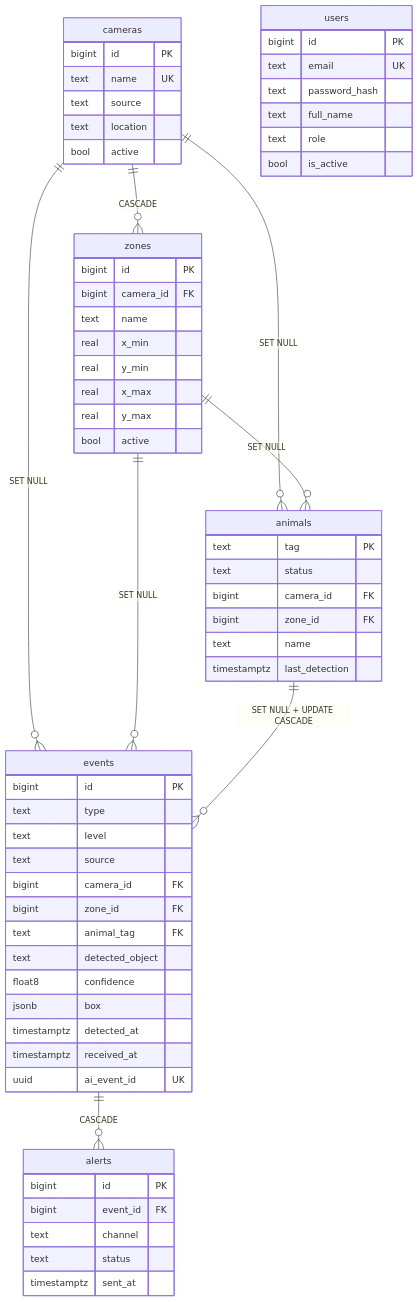
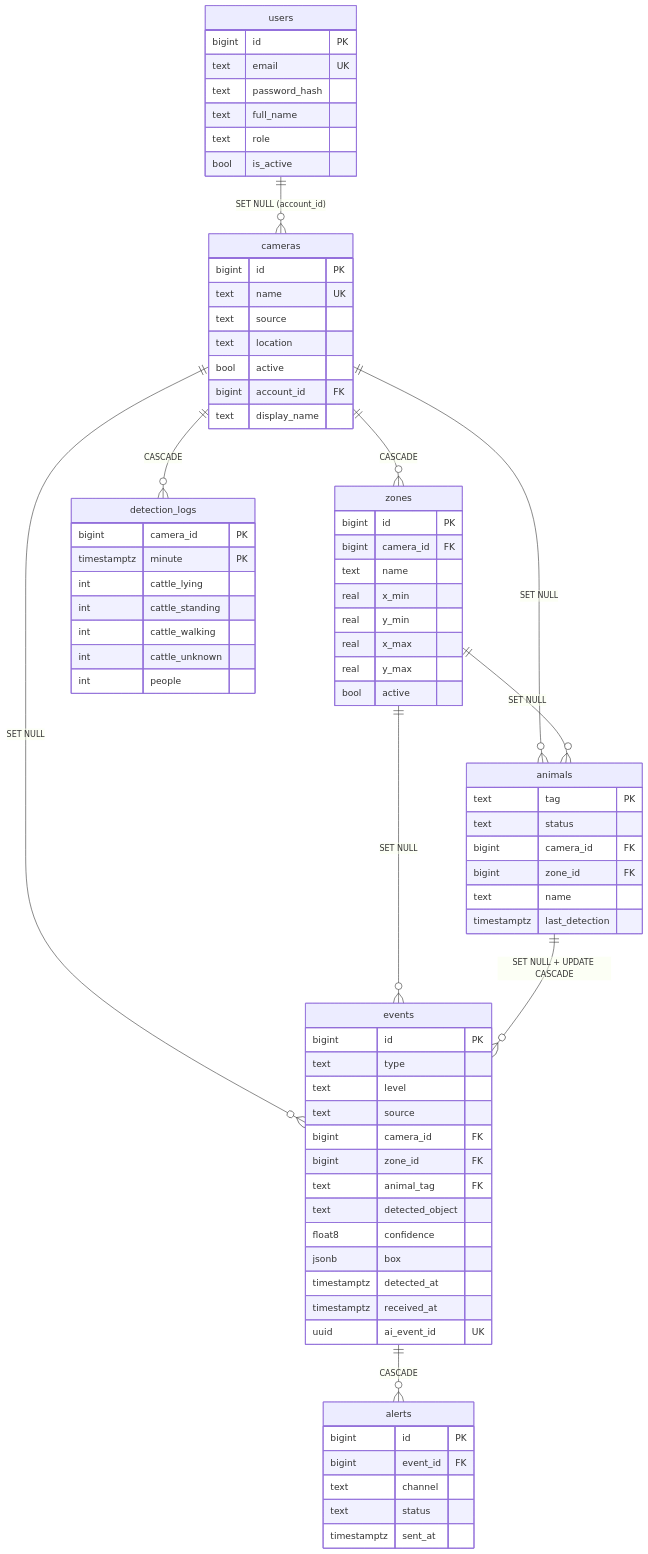
One commit to walterjojoa/BASEDATOSSmartCattle changed the first of 2 diagrams in docs/erd.md. Above: the diagram before and after it, drawn with Mermaid. The commit also changed other lines of this file and 11 other files, not shown here.

````diff
--- a/docs/erd.md
+++ b/docs/erd.md
@@ -3,66 +3,79 @@
 ```mermaid
 erDiagram
     cameras ||--o{ zones   : "CASCADE"
     cameras ||--o{ animals : "SET NULL"
     cameras ||--o{ events  : "SET NULL"
     zones   ||--o{ animals : "SET NULL"
     zones   ||--o{ events  : "SET NULL"
     animals ||--o{ events  : "SET NULL + UPDATE CASCADE"
     events  ||--o{ alerts  : "CASCADE"
+    users   ||--o{ cameras : "SET NULL (account_id)"
+    cameras ||--o{ detection_logs : "CASCADE"
 
     cameras {
         bigint id PK
         text   name UK
         text   source
         text   location
         bool   active
+        bigint account_id FK
+        text   display_name
+    }
+    detection_logs {
+        bigint      camera_id PK
+        timestamptz minute PK
+        int         cattle_lying
+        int         cattle_standing
+        int         cattle_walking
+        int         cattle_unknown
+        int         people
     }
     zones {
         bigint id PK
         bigint camera_id FK
         text   name
         real   x_min
         real   y_min
         real   x_max
         real   y_max
         bool   active
     }
     users {
         bigint id PK
         text   email UK
         text   password_hash
         text   full_name
         text   role
         bool   is_active
     }
     animals {
         text        tag PK
         text        status
         bigint      camera_id FK
         bigint      zone_id FK
         text        name
         timestamptz last_detection
     }
     events {
         bigint      id PK
         text        type
         text        level
         text        source
         bigint      camera_id FK
         bigint      zone_id FK
         text        animal_tag FK
         text        detected_object
         float8      confidence
         jsonb       box
         timestamptz detected_at
         timestamptz received_at
         uuid        ai_event_id UK
     }
     alerts {
         bigint      id PK
         bigint      event_id FK
         text        channel
         text        status
         timestamptz sent_at
     }
 ```
````
